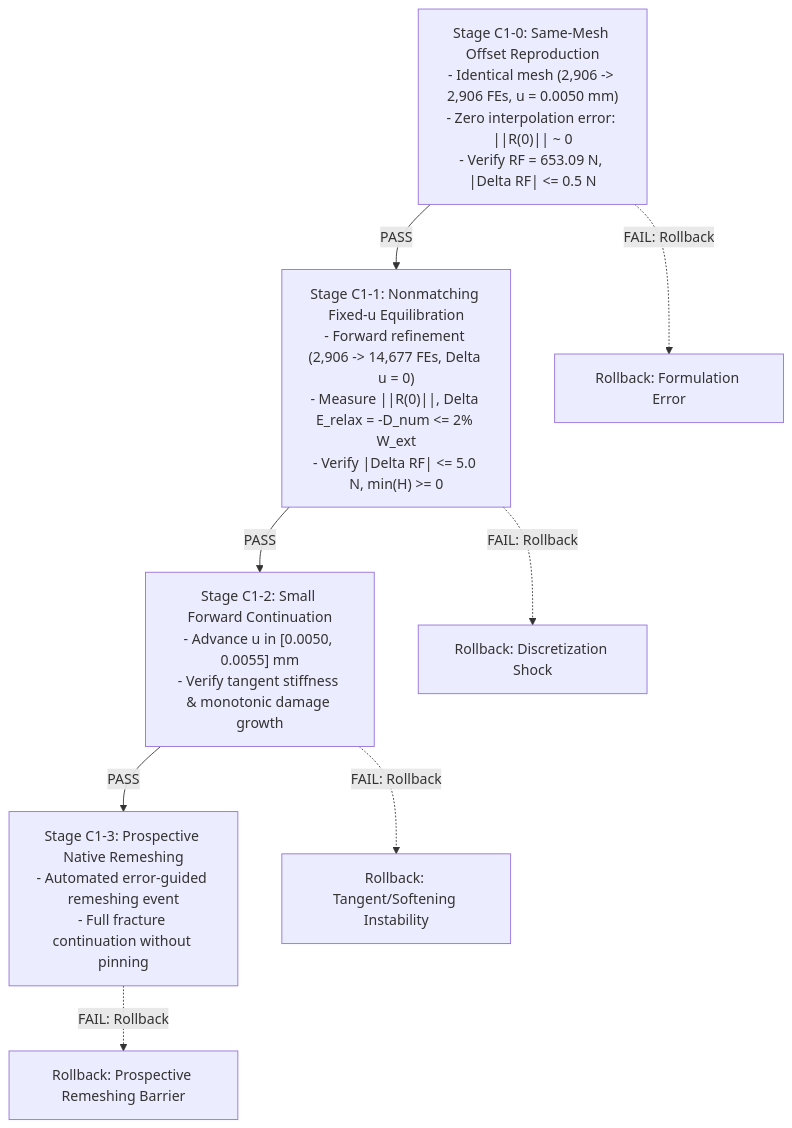
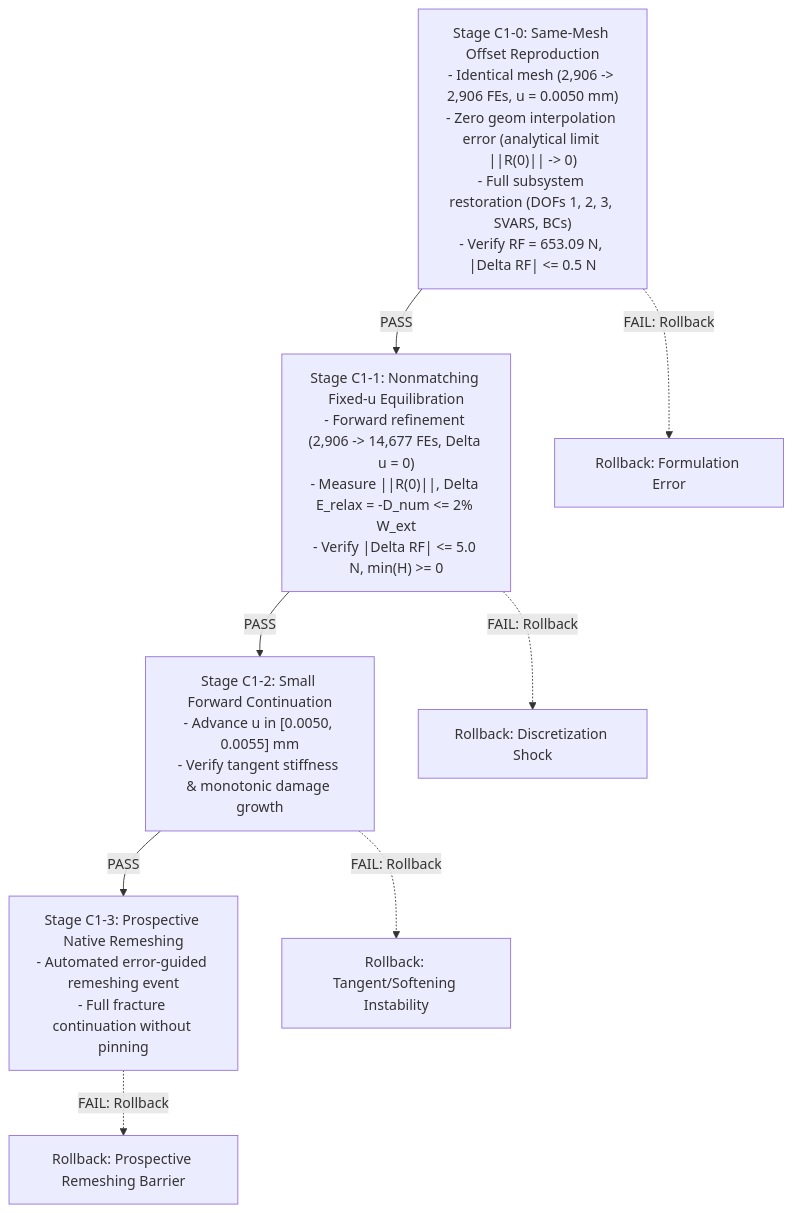
Before and after one commit to PRVSTUDENT/adaptive-remeshing-phase-field-thesis: the diagram in docs/reports/MODE1_METHOD_C1_STATE_INITIALIZATION_AND_CONTINUATION_ARCHITECTURE.md, drawn with Mermaid. The commit also changed other lines of this file and 10 other files, not shown here.

````diff
--- a/docs/reports/MODE1_METHOD_C1_STATE_INITIALIZATION_AND_CONTINUATION_ARCHITECTURE.md
+++ b/docs/reports/MODE1_METHOD_C1_STATE_INITIALIZATION_AND_CONTINUATION_ARCHITECTURE.md
@@ -235,16 +248,16 @@
 ```mermaid
 flowchart TD
-    S0["Stage C1-0: Same-Mesh Offset Reproduction\n- Identical mesh (2,906 -> 2,906 FEs, u = 0.0050 mm)\n- Zero interpolation error: ||R(0)|| ~ 0\n- Verify RF = 653.09 N, |Delta RF| <= 0.5 N"]
+    S0["Stage C1-0: Same-Mesh Offset Reproduction\n- Identical mesh (2,906 -> 2,906 FEs, u = 0.0050 mm)\n- Zero geom interpolation error (analytical limit ||R(0)|| -> 0)\n- Full subsystem restoration (DOFs 1, 2, 3, SVARS, BCs)\n- Verify RF = 653.09 N, |Delta RF| <= 0.5 N"]
     S1["Stage C1-1: Nonmatching Fixed-u Equilibration\n- Forward refinement (2,906 -> 14,677 FEs, Delta u = 0)\n- Measure ||R(0)||, Delta E_relax = -D_num <= 2% W_ext\n- Verify |Delta RF| <= 5.0 N, min(H) >= 0"]
     S2["Stage C1-2: Small Forward Continuation\n- Advance u in [0.0050, 0.0055] mm\n- Verify tangent stiffness & monotonic damage growth"]
     S3["Stage C1-3: Prospective Native Remeshing\n- Automated error-guided remeshing event\n- Full fracture continuation without pinning"]
 
     S0 -->|PASS| S1
     S1 -->|PASS| S2
     S2 -->|PASS| S3
     
     S0 -.->|FAIL: Rollback| RB0["Rollback: Formulation Error"]
     S1 -.->|FAIL: Rollback| RB1["Rollback: Discretization Shock"]
     S2 -.->|FAIL: Rollback| RB2["Rollback: Tangent/Softening Instability"]
     S3 -.->|FAIL: Rollback| RB3["Rollback: Prospective Remeshing Barrier"]
 ```
````
